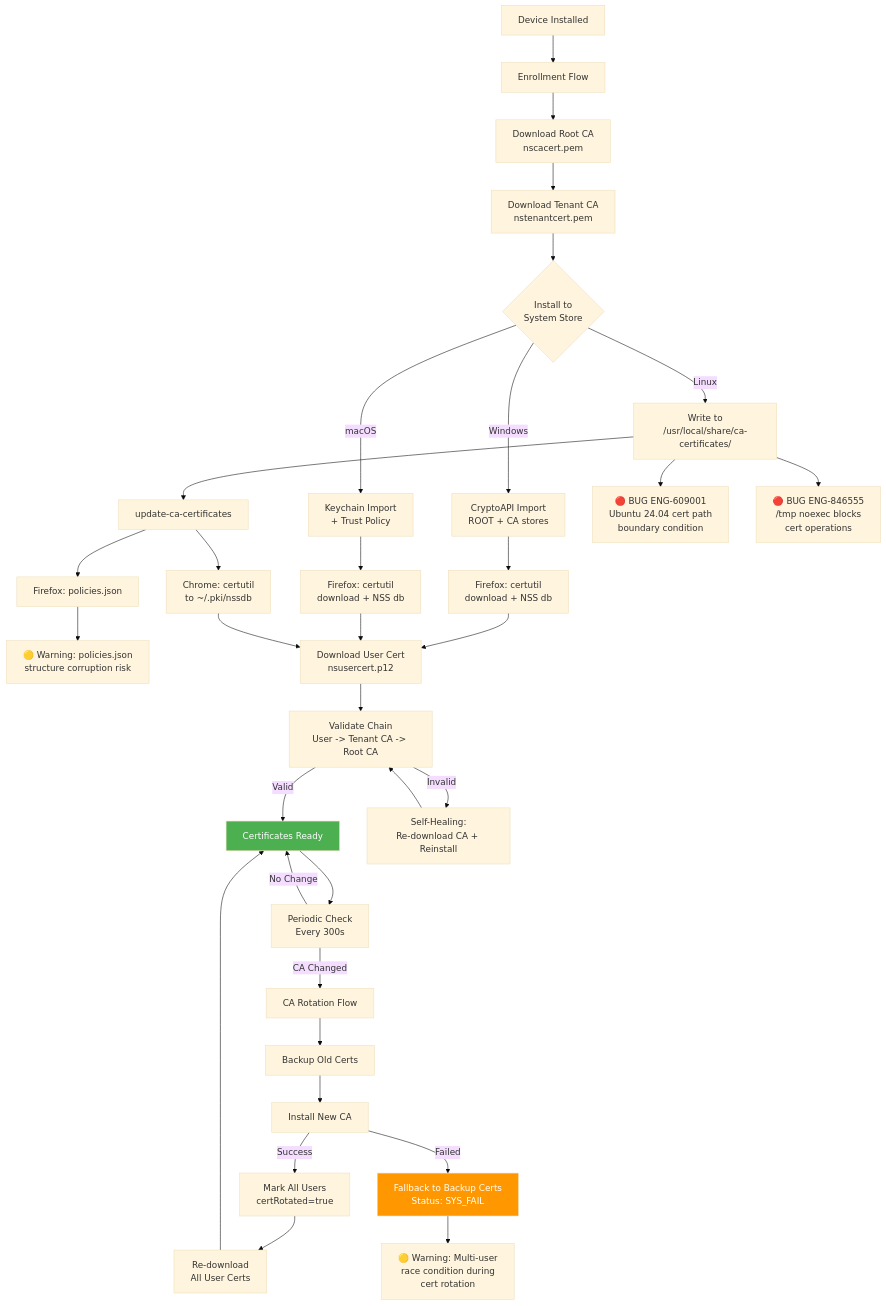
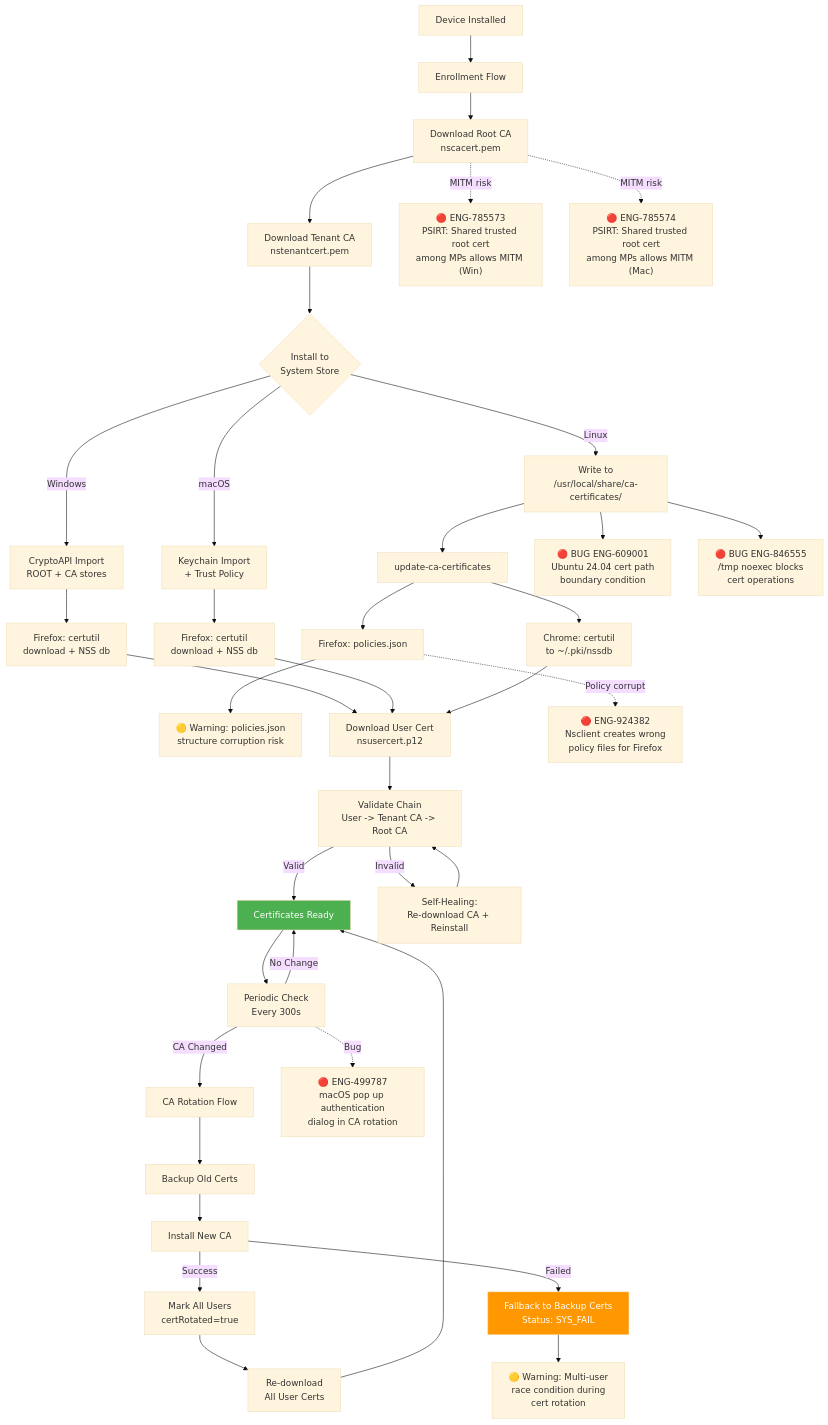
Before and after one commit to ns-klin/endpoint_system_test_plan: the first of 8 diagrams in chapters/13_certificate_management.md, drawn with Mermaid (base theme). The commit also changed other lines of this file and 26 other files, not shown here.

First line of the commit message:
Add 87 bugs from Excel enrichment and integrate into mermaid diagrams

````diff
--- a/chapters/13_certificate_management.md
+++ b/chapters/13_certificate_management.md
@@ -59,44 +59,49 @@
 ```mermaid
 flowchart TD
     START[Device Installed] --> ENROLL[Enrollment Flow]
     ENROLL --> DL_ROOT[Download Root CA<br/>nscacert.pem]
     DL_ROOT --> DL_TENANT[Download Tenant CA<br/>nstenantcert.pem]
     DL_TENANT --> INSTALL{Install to<br/>System Store}
 
     INSTALL -->|Windows| WIN_STORE["CryptoAPI Import<br/>ROOT + CA stores"]
     INSTALL -->|macOS| MAC_STORE["Keychain Import<br/>+ Trust Policy"]
     INSTALL -->|Linux| LINUX_STORE["Write to<br/>/usr/local/share/ca-certificates/"]
 
     WIN_STORE --> FF_WIN["Firefox: certutil<br/>download + NSS db"]
     MAC_STORE --> FF_MAC["Firefox: certutil<br/>download + NSS db"]
     LINUX_STORE --> UPDATE_CA["update-ca-certificates"]
     UPDATE_CA --> FF_LINUX["Firefox: policies.json"]
     FF_LINUX --> RISK_FF["🟡 Warning: policies.json<br/>structure corruption risk"]
     LINUX_STORE --> BUG_UBUNTU["🔴 BUG ENG-609001<br/>Ubuntu 24.04 cert path<br/>boundary condition"]
     LINUX_STORE --> BUG_NOEXEC["🔴 BUG ENG-846555<br/>/tmp noexec blocks<br/>cert operations"]
     UPDATE_CA --> CHROME_LINUX["Chrome: certutil<br/>to ~/.pki/nssdb"]
 
     FF_WIN --> DL_USER[Download User Cert<br/>nsusercert.p12]
     FF_MAC --> DL_USER
     CHROME_LINUX --> DL_USER
 
     DL_USER --> VALIDATE[Validate Chain<br/>User -> Tenant CA -> Root CA]
     VALIDATE -->|Valid| READY[Certificates Ready]
     VALIDATE -->|Invalid| HEAL[Self-Healing:<br/>Re-download CA + Reinstall]
     HEAL --> VALIDATE
 
     READY --> PERIODIC["Periodic Check<br/>Every 300s"]
     PERIODIC -->|CA Changed| ROTATION[CA Rotation Flow]
     PERIODIC -->|No Change| READY
+    PERIODIC -.->|Bug| BUG_499787["🔴 ENG-499787<br/>macOS pop up authentication<br/>dialog in CA rotation"]
 
     ROTATION --> BACKUP[Backup Old Certs]
     BACKUP --> INSTALL_NEW[Install New CA]
     INSTALL_NEW -->|Success| MARK_USERS["Mark All Users<br/>certRotated=true"]
     INSTALL_NEW -->|Failed| FALLBACK["Fallback to Backup Certs<br/>Status: SYS_FAIL"]
     MARK_USERS --> REDOWNLOAD[Re-download<br/>All User Certs]
     REDOWNLOAD --> READY
     FALLBACK --> RISK_RACE["🟡 Warning: Multi-user<br/>race condition during<br/>cert rotation"]
 
+    DL_ROOT -.->|MITM risk| BUG_785573["🔴 ENG-785573<br/>PSIRT: Shared trusted root cert<br/>among MPs allows MITM (Win)"]
+    DL_ROOT -.->|MITM risk| BUG_785574["🔴 ENG-785574<br/>PSIRT: Shared trusted root cert<br/>among MPs allows MITM (Mac)"]
+    FF_LINUX -.->|Policy corrupt| BUG_924382["🔴 ENG-924382<br/>Nsclient creates wrong<br/>policy files for Firefox"]
+
     style READY fill:#4CAF50,color:#fff
     style FALLBACK fill:#FF9800,color:#fff
 ```
````
